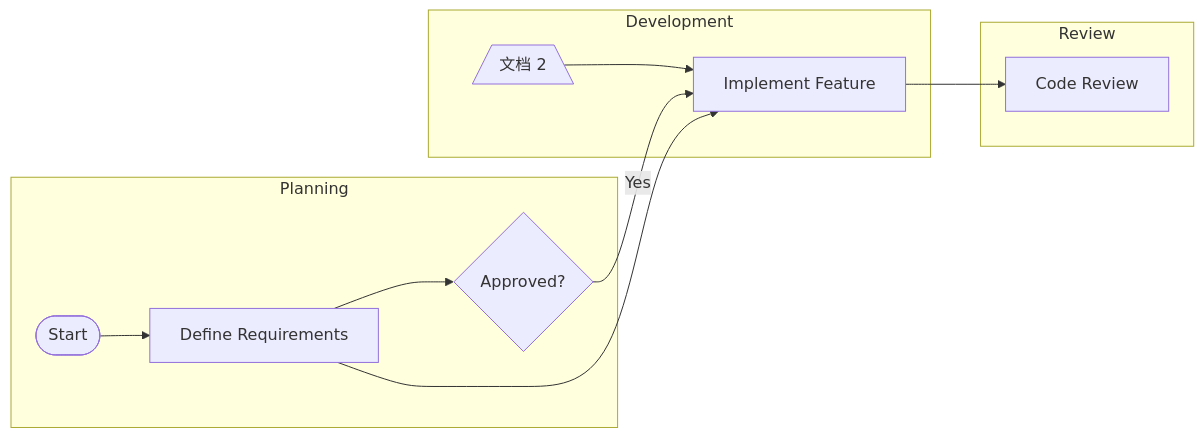
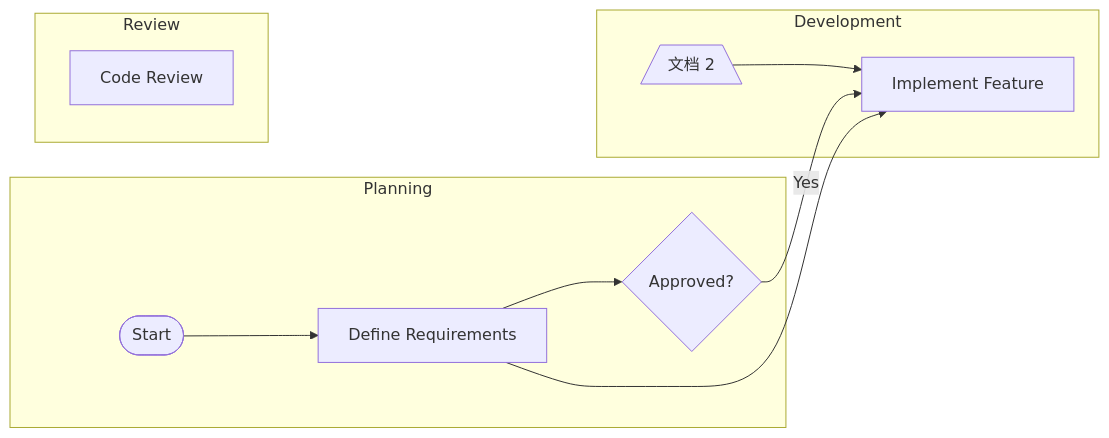
The diagram in mmd/123_db1c1734-f502-4c75-9e0f-54d0fdacbbeb.mmd (pingpm/mermaid_vault), drawn with Mermaid before and after one commit. The commit also changed 2 other files, not shown here.

Commit message:
Sync Mermaid Studio data (9 diagrams)

```diff
--- a/mmd/123_db1c1734-f502-4c75-9e0f-54d0fdacbbeb.mmd
+++ b/mmd/123_db1c1734-f502-4c75-9e0f-54d0fdacbbeb.mmd
@@ -1,19 +1,18 @@
 graph LR
   subgraph lane_lane_1["Planning"]
     t_task_3{"Approved?"}
     t_task_1(["Start"])
     t_task_2["Define Requirements"]
   end
   subgraph lane_lane_2["Development"]
     t_bcb52ef5_1ab2_466e_a13e_b9249e2c2349[/"文档 2"\]
     t_task_4["Implement Feature"]
   end
   subgraph lane_lane_3["Review"]
     t_task_5["Code Review"]
   end
   t_task_1 --> t_task_2
   t_task_2 --> t_task_3
   t_task_3 -->|"Yes"| t_task_4
   t_bcb52ef5_1ab2_466e_a13e_b9249e2c2349 --> t_task_4
-  t_task_4 --> t_task_5
   t_task_2 --> t_task_4
```
